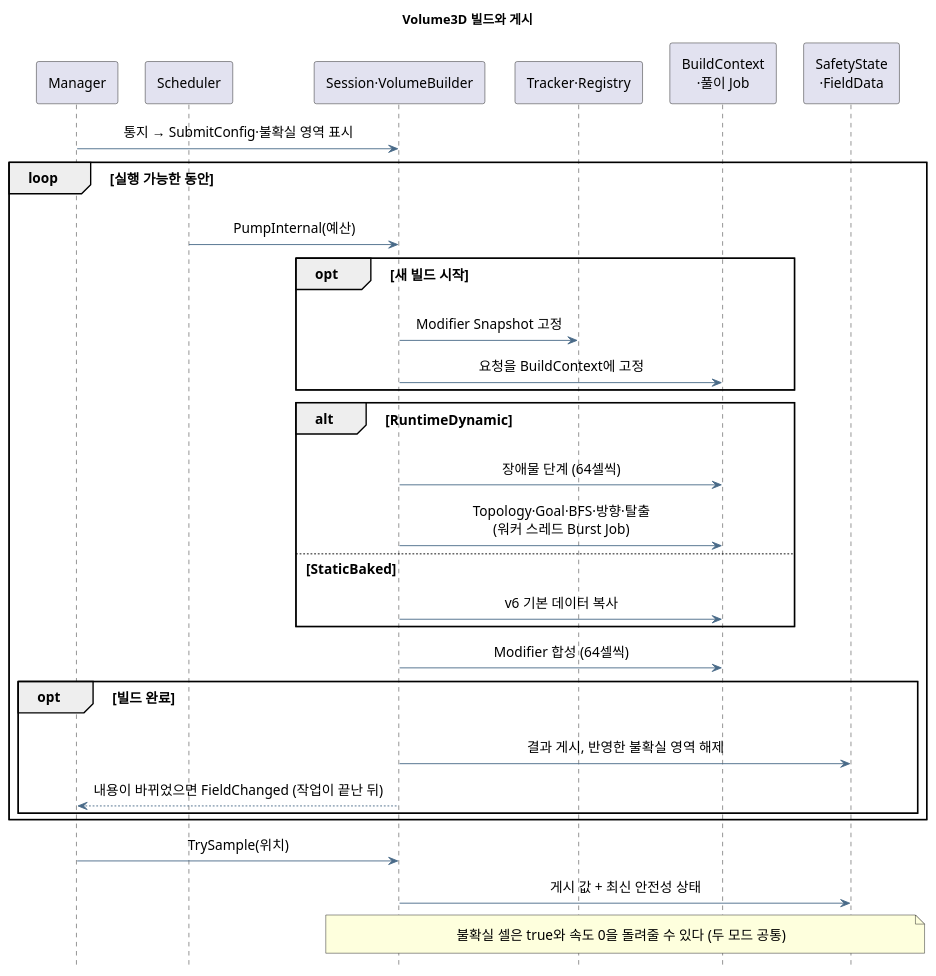
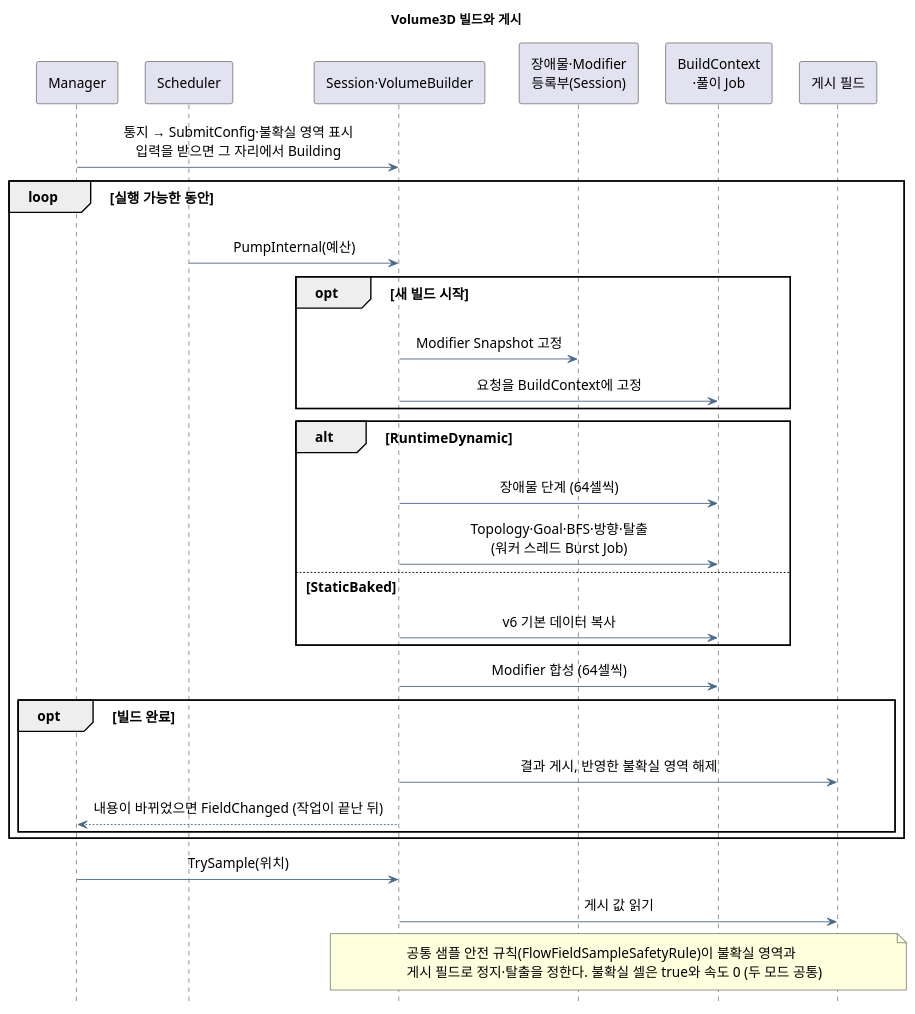
The diagram in ToyProject/Assets/_FlowField/Docs/flowfield-volume.puml (youwonsock/tool-unity-editor), drawn with PlantUML before and after one commit. The commit also changed 4 other files, not shown here.

```diff
--- a/ToyProject/Assets/_FlowField/Docs/flowfield-volume.puml
+++ b/ToyProject/Assets/_FlowField/Docs/flowfield-volume.puml
@@ -1,41 +1,41 @@
 @startuml flowfield-volume
 skinparam shadowing false
 skinparam defaultFontName "Apple SD Gothic Neo"
 skinparam defaultFontSize 15
 skinparam ArrowColor #496A88
 skinparam Padding 6
 skinparam sequenceMessageAlign center
 skinparam ParticipantPadding 10
 hide footbox
 title Volume3D 빌드와 게시
 
 participant "Manager" as M
 participant "Scheduler" as Q
 participant "Session·VolumeBuilder" as S
-participant "Tracker·Registry" as O
+participant "장애물·Modifier\n등록부(Session)" as O
 participant "BuildContext\n·풀이 Job" as B
-participant "SafetyState\n·FieldData" as P
+participant "게시 필드" as P
 
-M -> S : 통지 → SubmitConfig·불확실 영역 표시
+M -> S : 통지 → SubmitConfig·불확실 영역 표시\n입력을 받으면 그 자리에서 Building
 loop 실행 가능한 동안
   Q -> S : PumpInternal(예산)
   opt 새 빌드 시작
     S -> O : Modifier Snapshot 고정
     S -> B : 요청을 BuildContext에 고정
   end
   alt RuntimeDynamic
     S -> B : 장애물 단계 (64셀씩)
     S -> B : Topology·Goal·BFS·방향·탈출\n(워커 스레드 Burst Job)
   else StaticBaked
     S -> B : v6 기본 데이터 복사
   end
   S -> B : Modifier 합성 (64셀씩)
   opt 빌드 완료
     S -> P : 결과 게시, 반영한 불확실 영역 해제
     S --> M : 내용이 바뀌었으면 FieldChanged (작업이 끝난 뒤)
   end
 end
 M -> S : TrySample(위치)
-S -> P : 게시 값 + 최신 안전성 상태
-note over S,P : 불확실 셀은 true와 속도 0을 돌려줄 수 있다 (두 모드 공통)
+S -> P : 게시 값 읽기
+note over S,P : 공통 샘플 안전 규칙(FlowFieldSampleSafetyRule)이 불확실 영역과\n게시 필드로 정지·탈출을 정한다. 불확실 셀은 true와 속도 0 (두 모드 공통)
 @enduml
```
